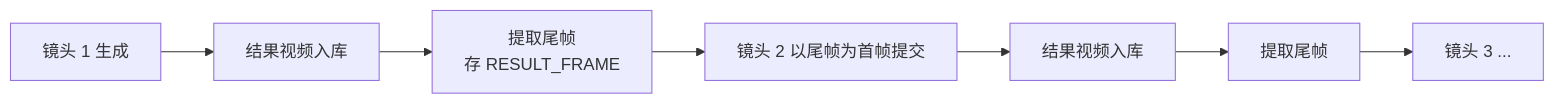
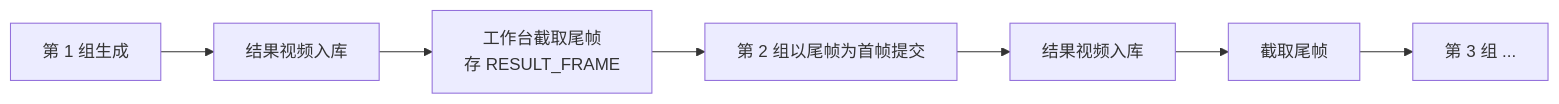
One commit to sengbin/ai-video-studio changed the eighth of 11 diagrams in docs/ARCHITECTURE.md. Above: the diagram before and after it, drawn with Mermaid. The commit also changed other lines of this file and 23 other files, not shown here.

````diff
--- a/docs/ARCHITECTURE.md
+++ b/docs/ARCHITECTURE.md
@@ -557,9 +559,9 @@
 ```mermaid
 flowchart LR
-  S1["镜头 1 生成"] --> V1["结果视频入库"]
-  V1 --> T1["提取尾帧<br/>存 RESULT_FRAME"]
-  T1 --> S2["镜头 2 以尾帧为首帧提交"]
+  S1["第 1 组生成"] --> V1["结果视频入库"]
+  V1 --> T1["工作台截取尾帧<br/>存 RESULT_FRAME"]
+  T1 --> S2["第 2 组以尾帧为首帧提交"]
   S2 --> V2["结果视频入库"]
-  V2 --> T2["提取尾帧"]
-  T2 --> S3["镜头 3 ..."]
+  V2 --> T2["截取尾帧"]
+  T2 --> S3["第 3 组 ..."]
 ```
````
